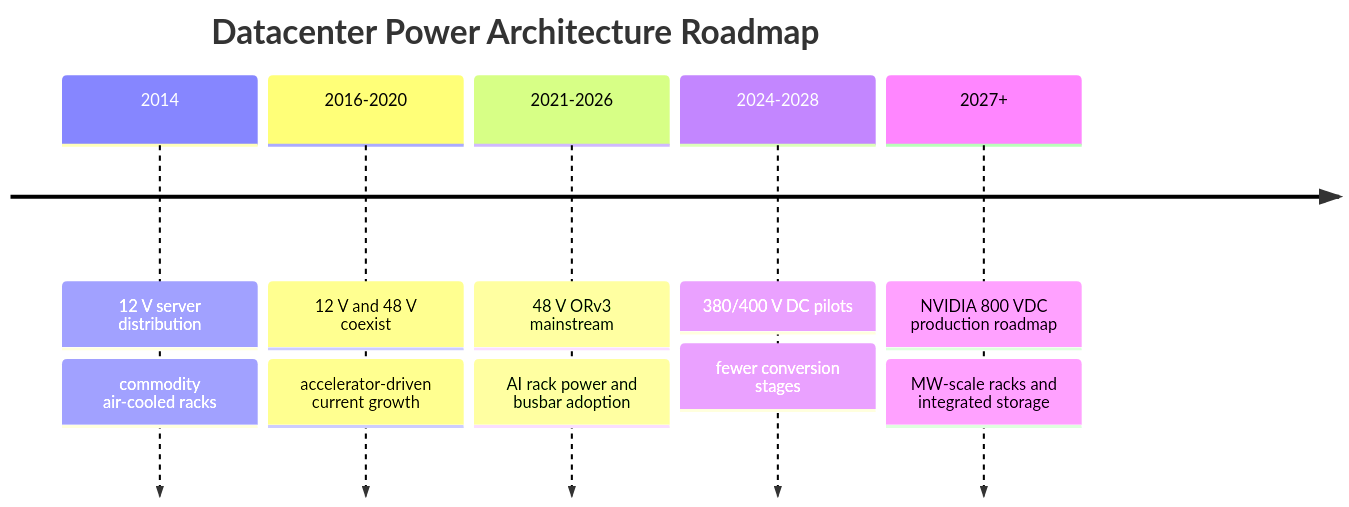
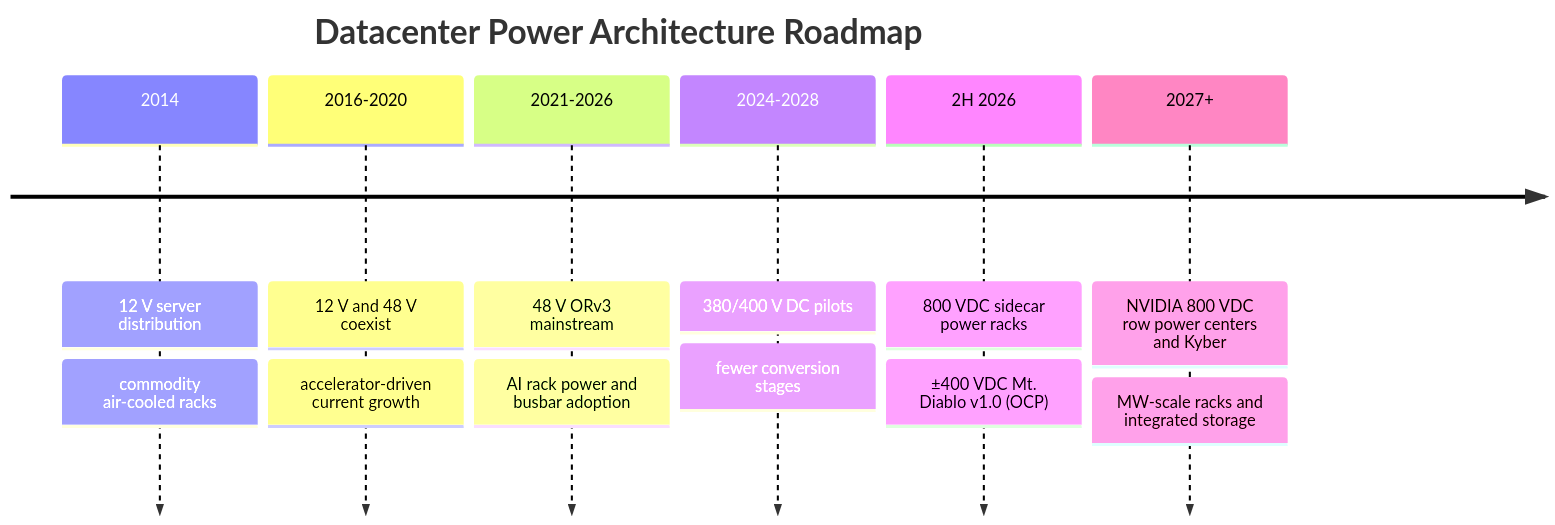
The first of 2 diagrams in dc-power-semiconductor-db/02_power_architecture_roadmap.md (FrankHuang94/powersemi_database_gpt), drawn with Mermaid before and after one commit. The commit also changed other lines of this file and 25 other files, not shown here.

````diff
--- a/dc-power-semiconductor-db/02_power_architecture_roadmap.md
+++ b/dc-power-semiconductor-db/02_power_architecture_roadmap.md
@@ -30,9 +48,10 @@
 ```mermaid
 timeline
   title Datacenter Power Architecture Roadmap
   2014 : 12 V server distribution : commodity air-cooled racks
   2016-2020 : 12 V and 48 V coexist : accelerator-driven current growth
   2021-2026 : 48 V ORv3 mainstream : AI rack power and busbar adoption
   2024-2028 : 380/400 V DC pilots : fewer conversion stages
-  2027+ : NVIDIA 800 VDC production roadmap : MW-scale racks and integrated storage
+  2H 2026 : 800 VDC sidecar power racks : ±400 VDC Mt. Diablo v1.0 (OCP)
+  2027+ : NVIDIA 800 VDC row power centers and Kyber : MW-scale racks and integrated storage
 ```
````
